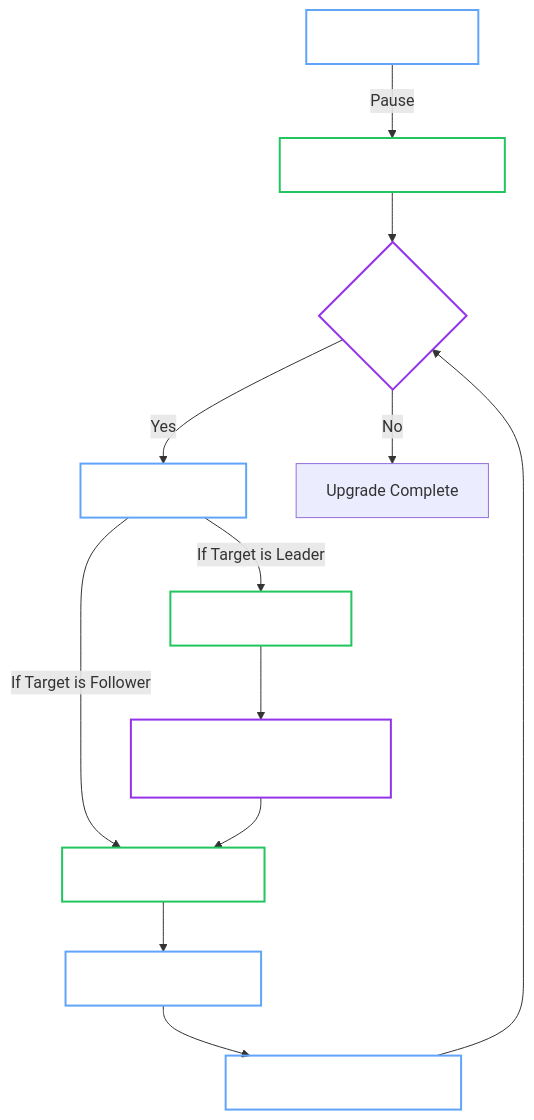
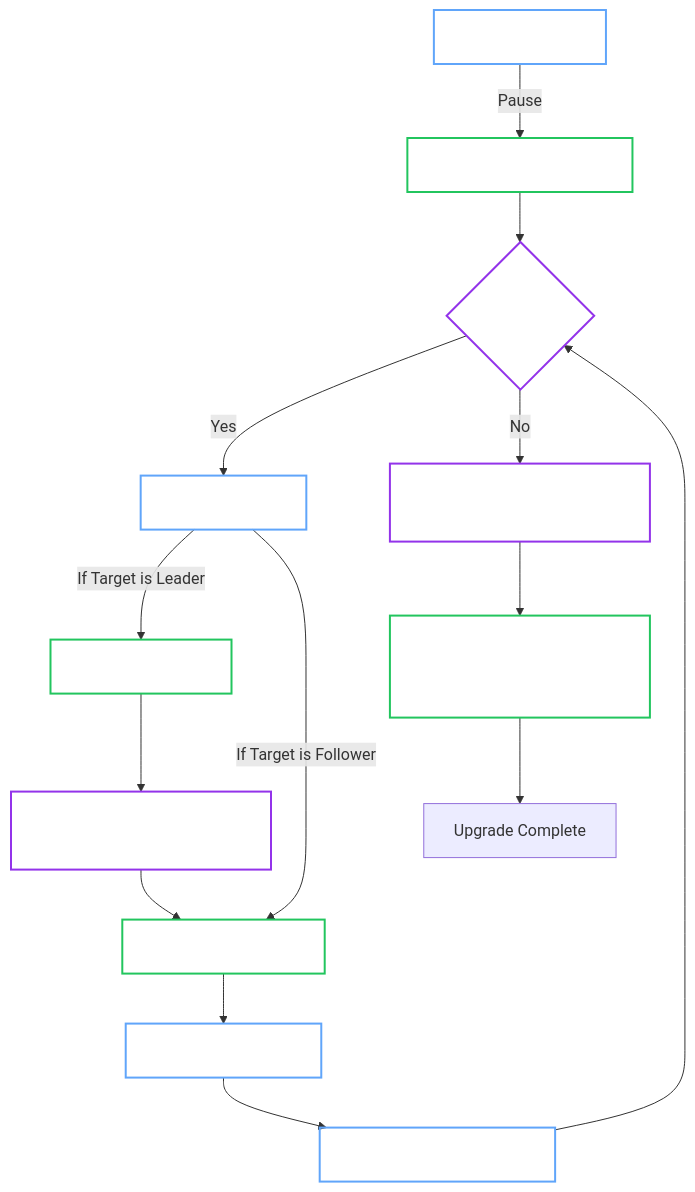
Before and after one commit to dc-tec/openbao-operator: the first of 2 diagrams in docs/architecture/upgrade-manager.md, drawn with Mermaid. The commit also changed other lines of this file and 1 other file, not shown here.

First line of the commit message:
docs(docs): refresh rolling upgrade behavior

````diff
--- a/docs/architecture/upgrade-manager.md
+++ b/docs/architecture/upgrade-manager.md
@@ -18,26 +18,28 @@
     ```mermaid
     graph TD
         Trigger[Version Change] -->|Pause| Partition[Set Partition = Replicas]
         Partition --> Loop{Partition > 0?}
         
         Loop -- Yes --> Ident[Identify Leader]
         Ident -->|If Target is Leader| StepDown[Force Step-Down]
         Ident -->|If Target is Follower| Update[Decrement Partition]
         
         StepDown --> WaitTransfer[Wait for Leadership Transfer]
         WaitTransfer --> Update
         
         Update --> WaitReady[Wait for Pod Ready]
         WaitReady --> WaitHealth[Wait for OpenBao Health]
         WaitHealth --> Loop
         
-        Loop -- No --> Done[Upgrade Complete]
+        Loop -- No --> Converge[Wait for StatefulSet + Pod Convergence]
+        Converge --> Finalize[Atomically Clear status.upgrade + Set currentVersion]
+        Finalize --> Done[Upgrade Complete]
 
         classDef process fill:transparent,stroke:#9333ea,stroke-width:2px,color:#fff;
         classDef write fill:transparent,stroke:#22c55e,stroke-width:2px,color:#fff;
         classDef read fill:transparent,stroke:#60a5fa,stroke-width:2px,color:#fff;
         
-        class Partition,StepDown,Update write;
+        class Partition,StepDown,Update,Finalize write;
         class Trigger,Ident,WaitReady,WaitHealth read;
-        class Loop,WaitTransfer process;
+        class Loop,WaitTransfer,Converge process;
     ```
````
